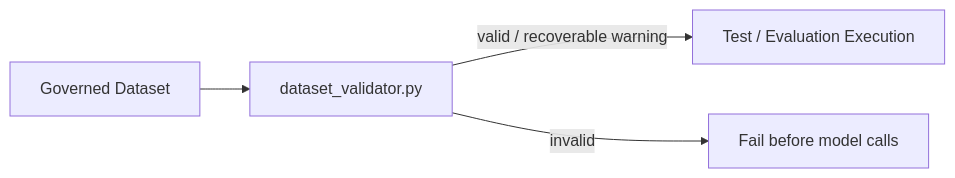
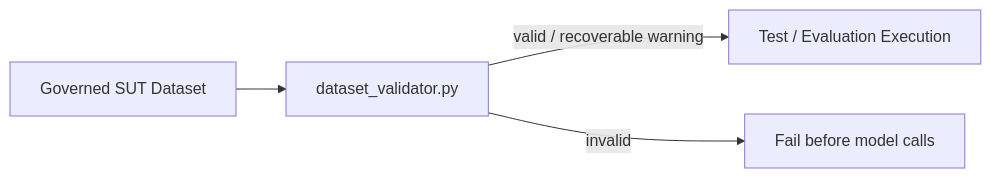
The second of 7 diagrams in docs/architecture.md (oleksandrserhieiev-beep/ai-qe-lab), drawn with Mermaid before and after one commit. The commit also changed other lines of this file, not shown here.

Commit message:
docs: add evaluator and Golden governance architecture

````diff
--- a/docs/architecture.md
+++ b/docs/architecture.md
@@ -177,6 +212,6 @@
 ```mermaid
 flowchart LR
-    D[Governed Dataset] --> V[dataset_validator.py]
+    D[Governed SUT Dataset] --> V[dataset_validator.py]
     V -->|valid / recoverable warning| R[Test / Evaluation Execution]
     V -->|invalid| F[Fail before model calls]
 ```
````
